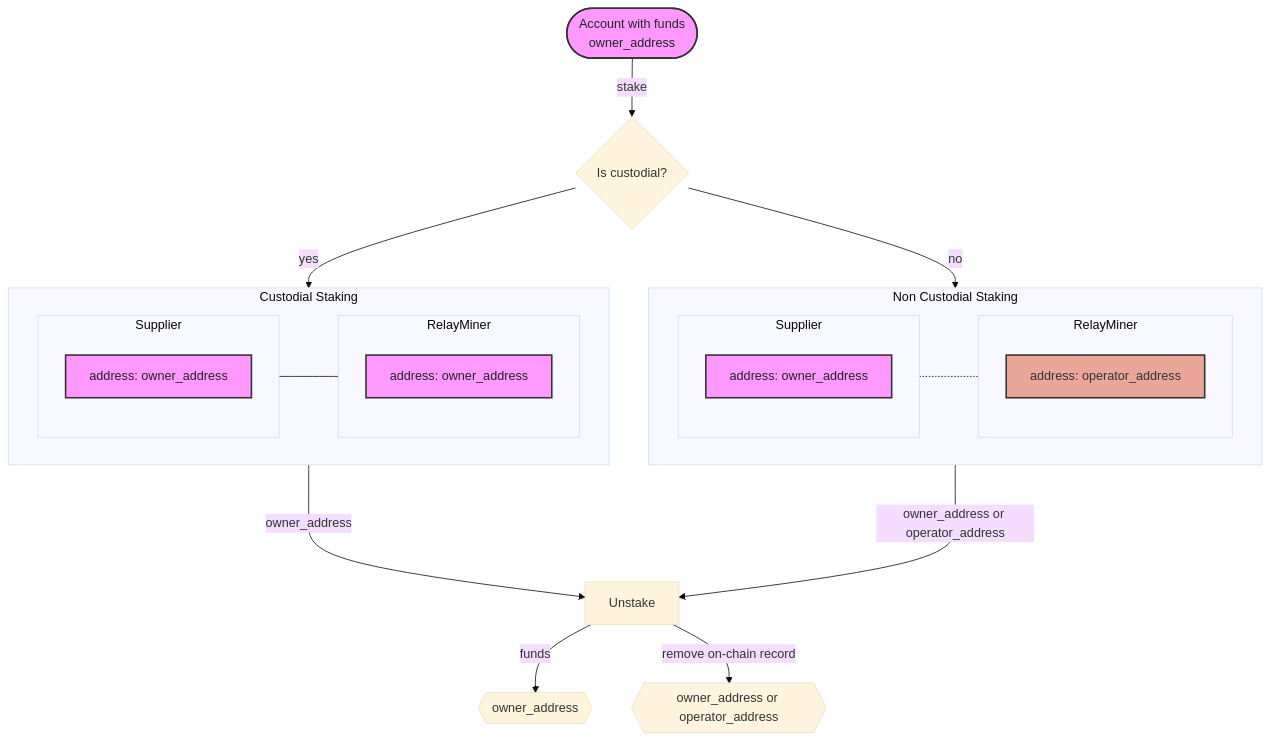
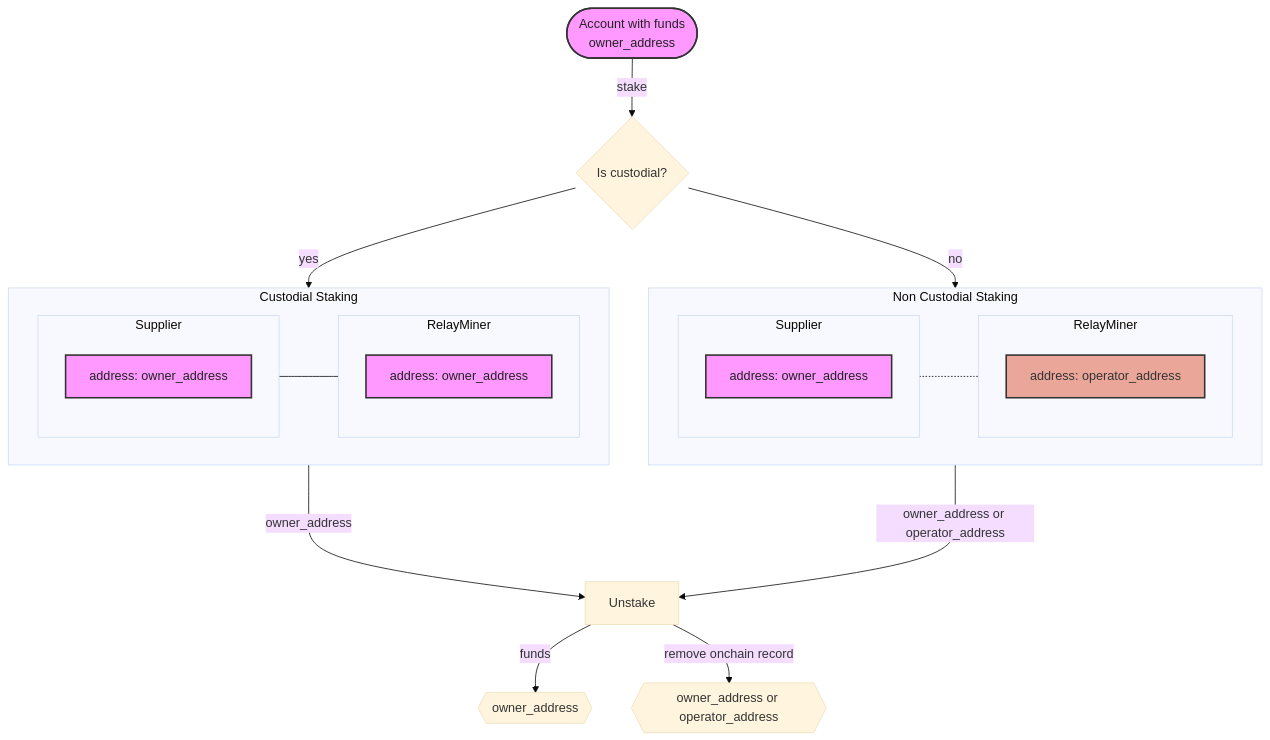
The diagram in docusaurus/docs/operate/configs/supplier_staking_config.md (pokt-network/poktroll), drawn with Mermaid (base theme) before and after one commit. The commit also changed 152 other files, not shown here.

````diff
--- a/docusaurus/docs/operate/configs/supplier_staking_config.md
+++ b/docusaurus/docs/operate/configs/supplier_staking_config.md
@@ -58,45 +58,45 @@
 ```mermaid
 flowchart TD
   AWF(["Account with funds <br> owner_address"])
   ISC{Is custodial?}
   US[Unstake]
 
   AWF -- stake --> ISC
   ISC -- yes --> CS
   ISC -- no --> NCS
 
 
   subgraph CS[Custodial Staking]
     direction LR
     subgraph S1[Supplier]
       OW1["address: owner_address"]
     end
     subgraph RM1[RelayMiner]
       OW2["address: owner_address"]
     end
     S1 --- RM1
   end
 
   subgraph NCS[Non Custodial Staking]
     direction LR
     subgraph S2[Supplier]
       OW21["address: owner_address"]
     end
     subgraph RM2[RelayMiner]
       OP22["address: operator_address"]
     end
     S2 -.- RM2
   end
 
   CS ---> |owner_address| US
   NCS  ---> |owner_address or operator_address| US
 
   US -- funds --> OWA{{owner_address}}
-  US -- remove on-chain record --> OPA{{owner_address or operator_address}}
+  US -- remove onchain record --> OPA{{owner_address or operator_address}}
 
   classDef owner fill:#f9f, stroke:#333, stroke-width:2px, color:#222;
   classDef operator fill:#eba69a, color: #333, stroke:#333, stroke-width:2px;
 
   class OW1,OW2,OW21,AWF owner
   class OP22 operator
 ```
````
